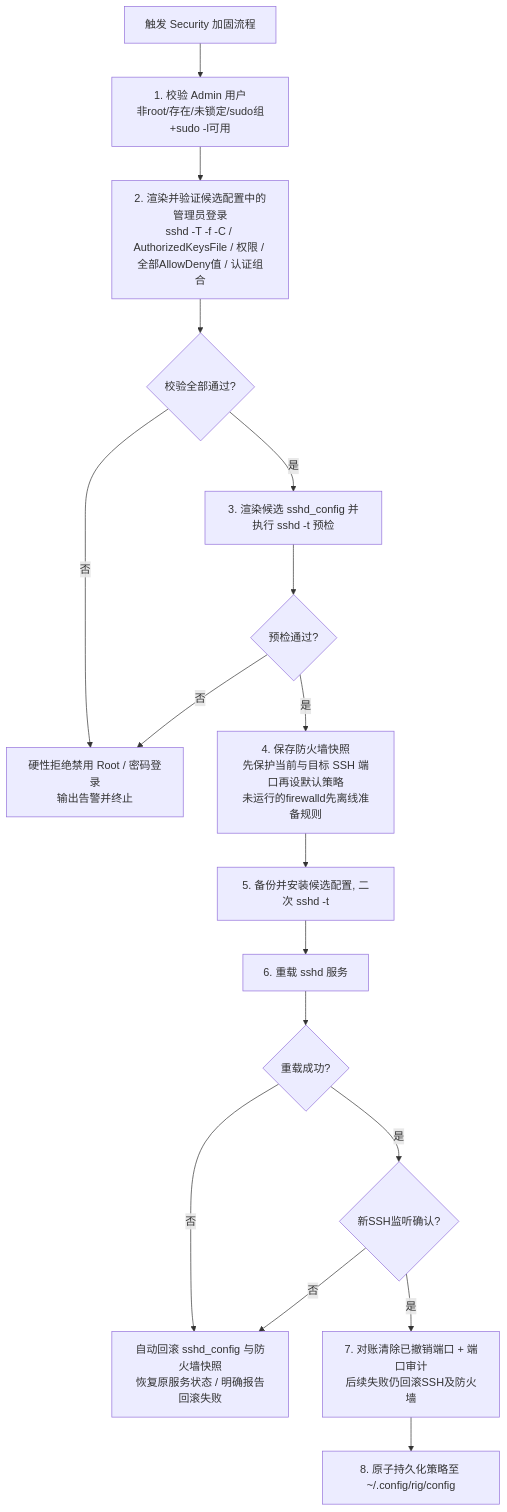
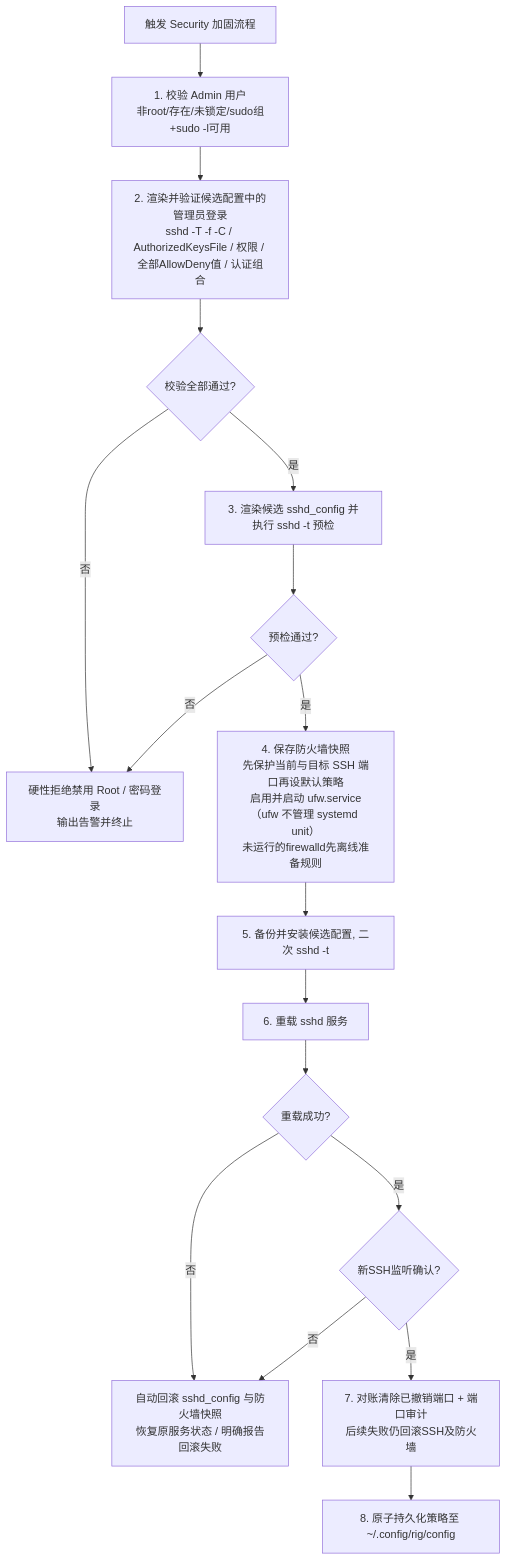
One commit to DieRingedesSaturn/rig changed the second of 4 diagrams in AGENTS.md. Above: the diagram before and after it, drawn with Mermaid. The commit also changed 4 other files, not shown here.

First line of the commit message:
firewall: enable and start ufw.service on activation

````diff
--- a/AGENTS.md
+++ b/AGENTS.md
@@ -74,19 +74,19 @@
 ```mermaid
 flowchart TD
     S0[触发 Security 加固流程] --> S1[1. 校验 Admin 用户\n非root/存在/未锁定/sudo组+sudo -l可用]
     S1 --> S2[2. 渲染并验证候选配置中的管理员登录\nsshd -T -f -C / AuthorizedKeysFile / 权限 / 全部AllowDeny值 / 认证组合]
     S2 --> S3{校验全部通过?}
     S3 -- 否 --> S4[硬性拒绝禁用 Root / 密码登录\n输出告警并终止]
     S3 -- 是 --> S5[3. 渲染候选 sshd_config 并执行 sshd -t 预检]
     S5 --> S6{预检通过?}
     S6 -- 否 --> S4
-    S6 -- 是 --> S7[4. 保存防火墙快照\n先保护当前与目标 SSH 端口再设默认策略\n未运行的firewalld先离线准备规则]
+    S6 -- 是 --> S7[4. 保存防火墙快照\n先保护当前与目标 SSH 端口再设默认策略\n启用并启动 ufw.service（ufw 不管理 systemd unit）\n未运行的firewalld先离线准备规则]
     S7 --> S8[5. 备份并安装候选配置, 二次 sshd -t]
     S8 --> S9[6. 重载 sshd 服务]
     S9 --> S10{重载成功?}
     S10 -- 否 --> S11[自动回滚 sshd_config 与防火墙快照\n恢复原服务状态 / 明确报告回滚失败]
     S10 -- 是 --> S14{新SSH监听确认?}
     S14 -- 否 --> S11
     S14 -- 是 --> S12[7. 对账清除已撤销端口 + 端口审计\n后续失败仍回滚SSH及防火墙]
     S12 --> S13[8. 原子持久化策略至 ~/.config/rig/config]
 ```
````
